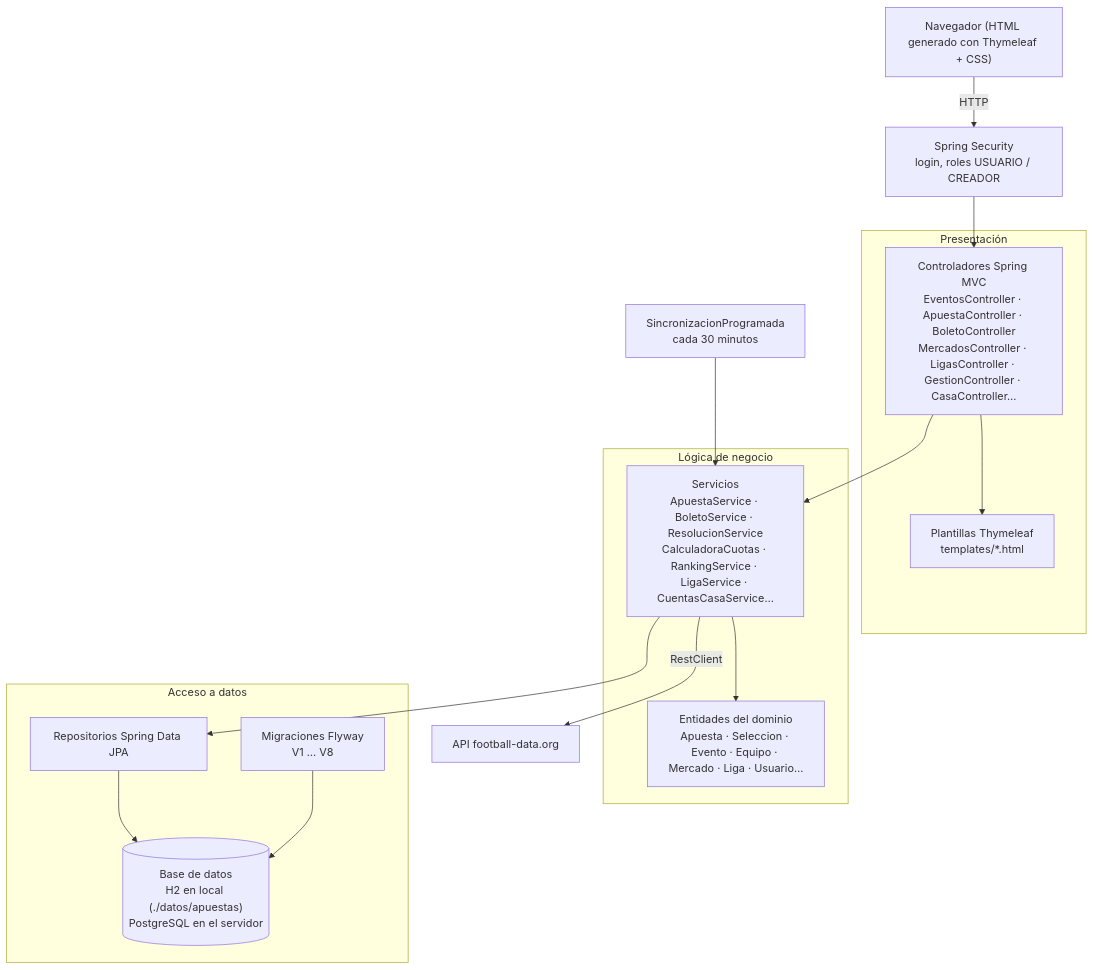
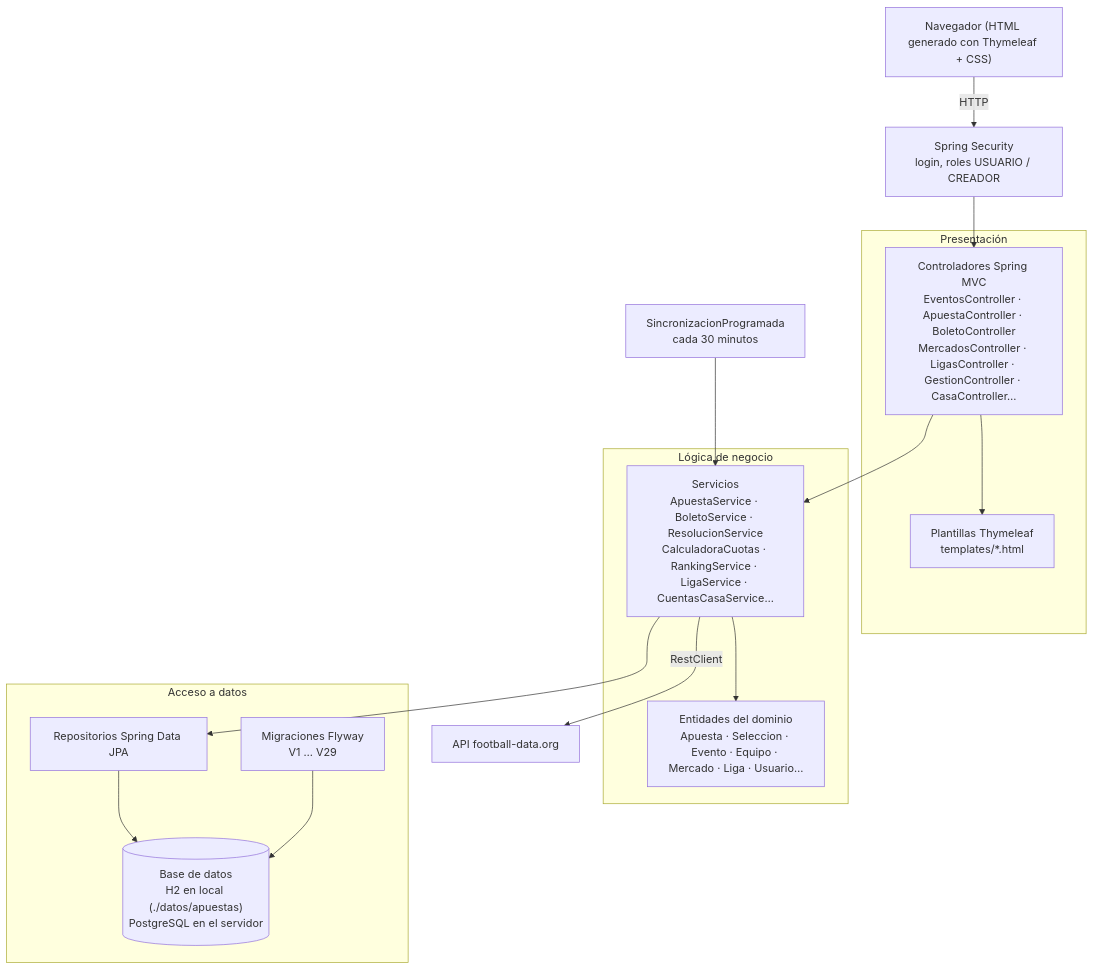
One commit to riverri/IS1 changed the second of 10 diagrams in docs/diseno/uml.md. Above: the diagram before and after it, drawn with Mermaid. The commit also changed other lines of this file and 15 other files, not shown here.

````diff
--- a/docs/diseno/uml.md
+++ b/docs/diseno/uml.md
@@ -74,33 +75,33 @@
 ```mermaid
 flowchart TB
     navegador["Navegador (HTML generado con Thymeleaf + CSS)"]
 
     subgraph presentacion [Presentación]
         controladores["Controladores Spring MVC<br/>EventosController · ApuestaController · BoletoController<br/>MercadosController · LigasController · GestionController · CasaController…"]
         plantillas["Plantillas Thymeleaf<br/>templates/*.html"]
     end
 
     subgraph negocio [Lógica de negocio]
         servicios["Servicios<br/>ApuestaService · BoletoService · ResolucionService<br/>CalculadoraCuotas · RankingService · LigaService · CuentasCasaService…"]
         dominio["Entidades del dominio<br/>Apuesta · Seleccion · Evento · Equipo · Mercado · Liga · Usuario…"]
     end
 
     subgraph datos [Acceso a datos]
         repositorios["Repositorios Spring Data JPA"]
-        flyway["Migraciones Flyway<br/>V1 … V8"]
+        flyway["Migraciones Flyway<br/>V1 … V29"]
         h2[("Base de datos<br/>H2 en local (./datos/apuestas)<br/>PostgreSQL en el servidor")]
     end
 
     seguridad["Spring Security<br/>login, roles USUARIO / CREADOR"]
     api["API football-data.org"]
     programada["SincronizacionProgramada<br/>cada 30 minutos"]
 
     navegador -->|HTTP| seguridad --> controladores
     controladores --> plantillas
     controladores --> servicios
     servicios --> dominio
     servicios --> repositorios --> h2
     flyway --> h2
     programada --> servicios
     servicios -->|RestClient| api
 ```
````
